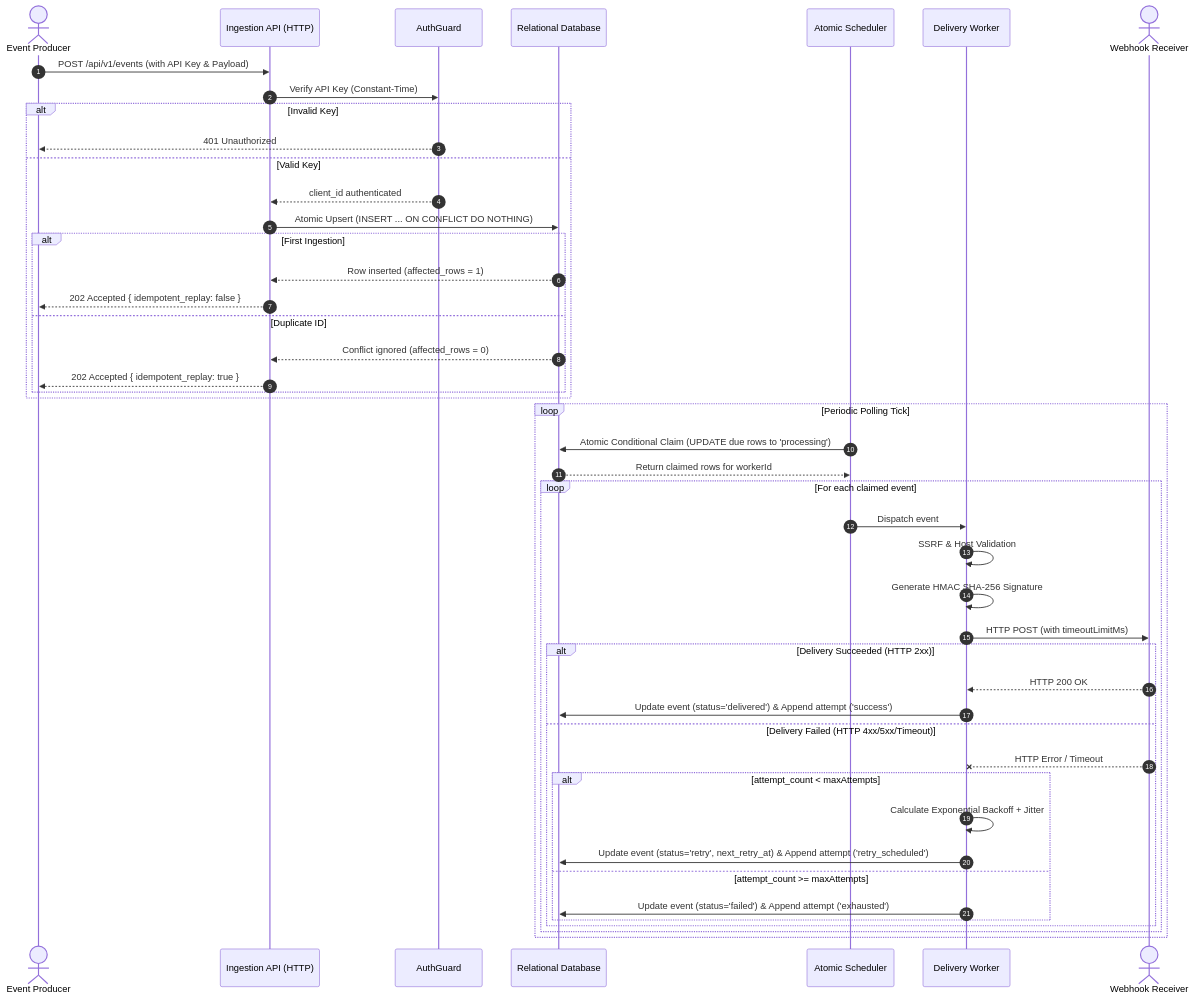
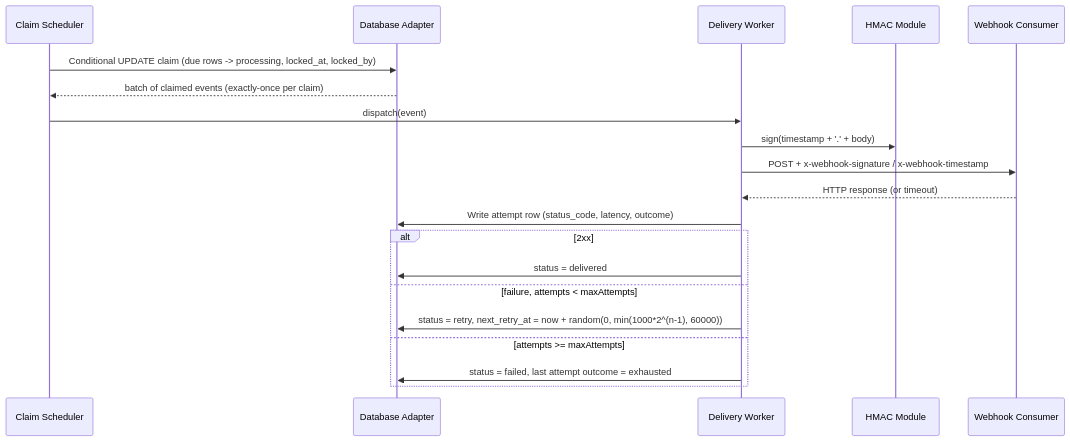
The third of 3 diagrams in docs/02-architecture/SDD.md (hamidjavadi/webhook-delivery-engine), drawn with Mermaid before and after one commit. The commit also changed other lines of this file and 5 other files, not shown here.

````diff
--- a/docs/02-architecture/SDD.md
+++ b/docs/02-architecture/SDD.md
@@ -261,50 +217,22 @@
 ```mermaid
 sequenceDiagram
-    autonumber
-    actor Producer as Event Producer
-    participant API as Ingestion API (HTTP)
-    participant Auth as AuthGuard
-    participant DB as Relational Database
-    participant Sched as Atomic Scheduler
-    participant Worker as Delivery Worker
-    actor Receiver as Webhook Receiver
-
-    Producer->>API: POST /api/v1/events (with API Key & Payload)
-    API->>Auth: Verify API Key (Constant-Time)
-    alt Invalid Key
-        Auth-->>Producer: 401 Unauthorized
-    else Valid Key
-        Auth-->>API: client_id authenticated
-        API->>DB: Atomic Upsert (INSERT ... ON CONFLICT DO NOTHING)
-        alt First Ingestion
-            DB-->>API: Row inserted (affected_rows = 1)
-            API-->>Producer: 202 Accepted { idempotent_replay: false }
-        else Duplicate ID
-            DB-->>API: Conflict ignored (affected_rows = 0)
-            API-->>Producer: 202 Accepted { idempotent_replay: true }
-        end
-    end
-
-    loop Periodic Polling Tick
-        Sched->>DB: Atomic Conditional Claim (UPDATE due rows to 'processing')
-        DB-->>Sched: Return claimed rows for workerId
-        loop For each claimed event
-            Sched->>Worker: Dispatch event
-            Worker->>Worker: SSRF & Host Validation
-            Worker->>Worker: Generate HMAC SHA-256 Signature
-            Worker->>Receiver: HTTP POST (with timeoutLimitMs)
-            alt Delivery Succeeded (HTTP 2xx)
-                Receiver-->>Worker: HTTP 200 OK
-                Worker->>DB: Update event (status='delivered') & Append attempt ('success')
-            else Delivery Failed (HTTP 4xx/5xx/Timeout)
-                Receiver--xWorker: HTTP Error / Timeout
-                alt attempt_count < maxAttempts
-                    Worker->>Worker: Calculate Exponential Backoff + Jitter
-                    Worker->>DB: Update event (status='retry', next_retry_at) & Append attempt ('retry_scheduled')
-                else attempt_count >= maxAttempts
-                    Worker->>DB: Update event (status='failed') & Append attempt ('exhausted')
-                end
-            end
-        end
+    participant Sched as Claim Scheduler
+    participant DB as Database Adapter
+    participant Work as Delivery Worker
+    participant HMAC as HMAC Module
+    participant Cons as Webhook Consumer
+    Sched->>DB: Conditional UPDATE claim (due rows -> processing, locked_at, locked_by)
+    DB-->>Sched: batch of claimed events (exactly-once per claim)
+    Sched->>Work: dispatch(event)
+    Work->>HMAC: sign(timestamp + '.' + body)
+    Work->>Cons: POST + x-webhook-signature / x-webhook-timestamp
+    Cons-->>Work: HTTP response (or timeout)
+    Work->>DB: Write attempt row (status_code, latency, outcome)
+    alt 2xx
+        Work->>DB: status = delivered
+    else failure, attempts < maxAttempts
+        Work->>DB: status = retry, next_retry_at = now + random(0, min(1000*2^(n-1), 60000))
+    else attempts >= maxAttempts
+        Work->>DB: status = failed, last attempt outcome = exhausted
     end
 ```
````
